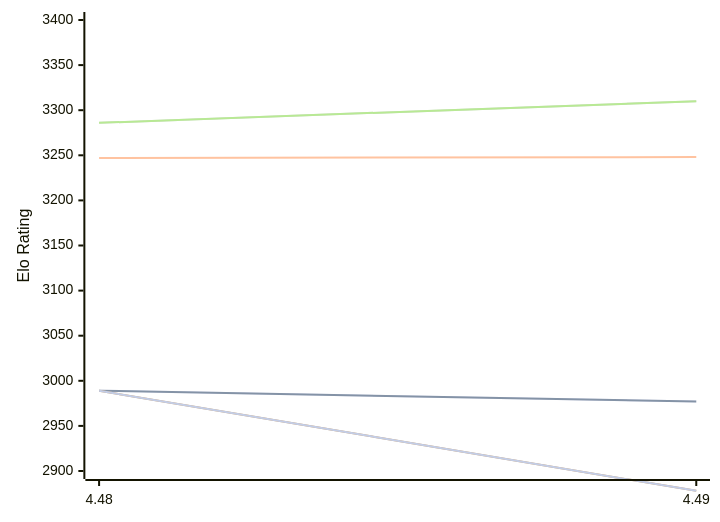
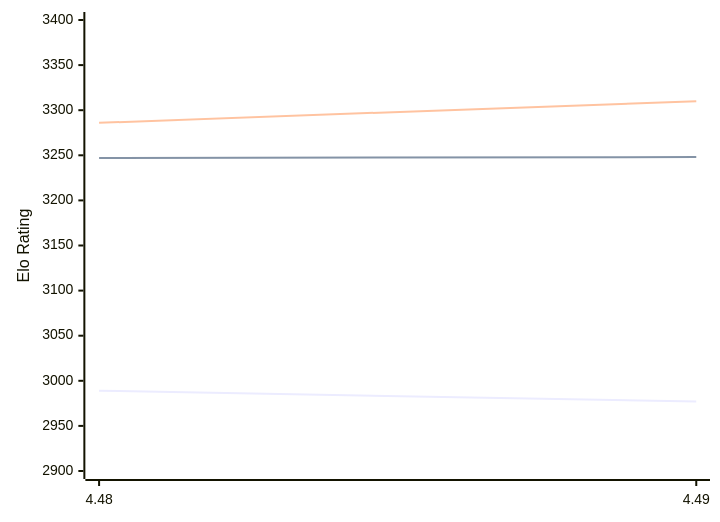
Before and after one commit to computer-chess-index/cci: the diagram in engines/Cheng4.md, drawn with Mermaid. The commit also changed other lines of this file, not shown here.

````diff
--- a/engines/Cheng4.md
+++ b/engines/Cheng4.md
@@ -48,13 +48,9 @@
 ```mermaid
 %%{init: {"theme":"base","themeVariables":{"seriesColors:['#a3a3a3','#222221','#faa371']}}}%%
 xychart-beta
   x-axis ["4.48", "4.49"]
   y-axis "Elo Rating" 2900 --> 3400
-  line "" [2989, 2977]
   line "T1: STC (8.0+0.08s)" [2989, 2977]
   line "T1: LTC (60.0+0.60s)" [3247, 3248]
-  line "" [3286, 3310]
   line "T1: VLTC (2m24s+1.12s)" [3286, 3310]
-  line "" [2989,2878]
-  line "E1: STC (8.0+0.08s)" [2989,2878]
 ```
````
